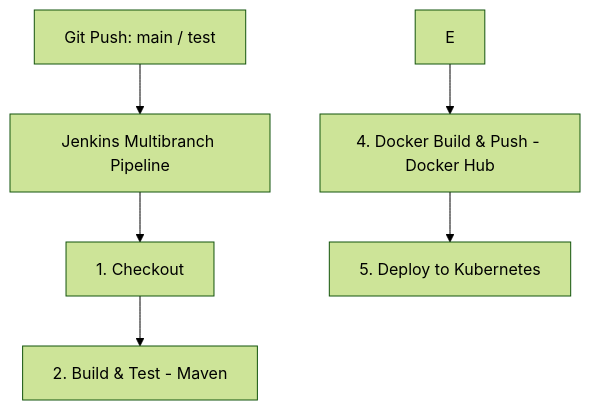
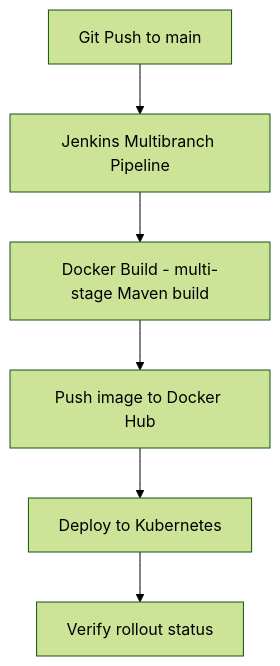
The diagram in README.md (adhamgamal22/end-to-end-DevOps-java-app), drawn with Mermaid (forest theme) before and after one commit. The commit also changed other lines of this file, not shown here.

````diff
--- a/README.md
+++ b/README.md
@@ -17,8 +19,8 @@
 ```mermaid
 flowchart TD
-    A[Git Push: main / test] --> B[Jenkins Multibranch Pipeline]
-    B --> C[1. Checkout]
-    C --> D[2. Build & Test - Maven]
-    E --> F[4. Docker Build & Push - Docker Hub]
-    F --> G[5. Deploy to Kubernetes]
+    A[Git Push to main] --> B[Jenkins Multibranch Pipeline]
+    B --> C[Docker Build - multi-stage Maven build]
+    C --> D[Push image to Docker Hub]
+    D --> E[Deploy to Kubernetes]
+    E --> F[Verify rollout status]
 ```
````
